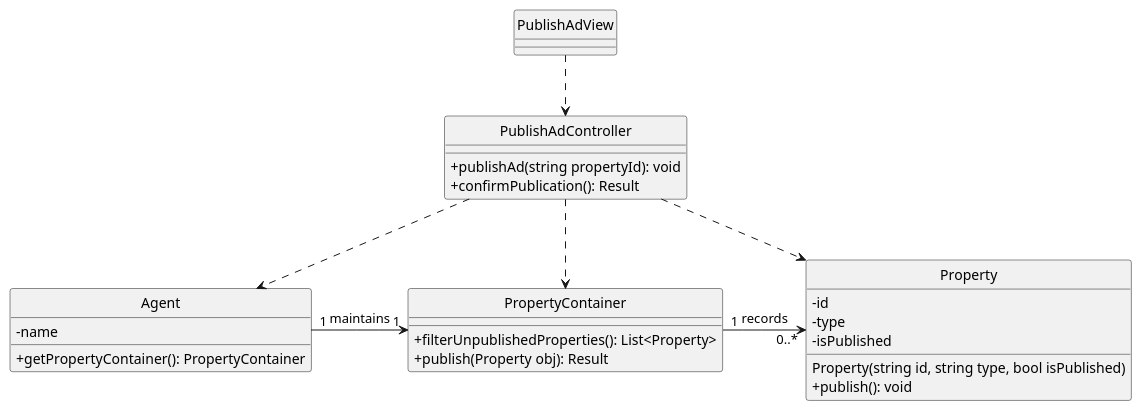
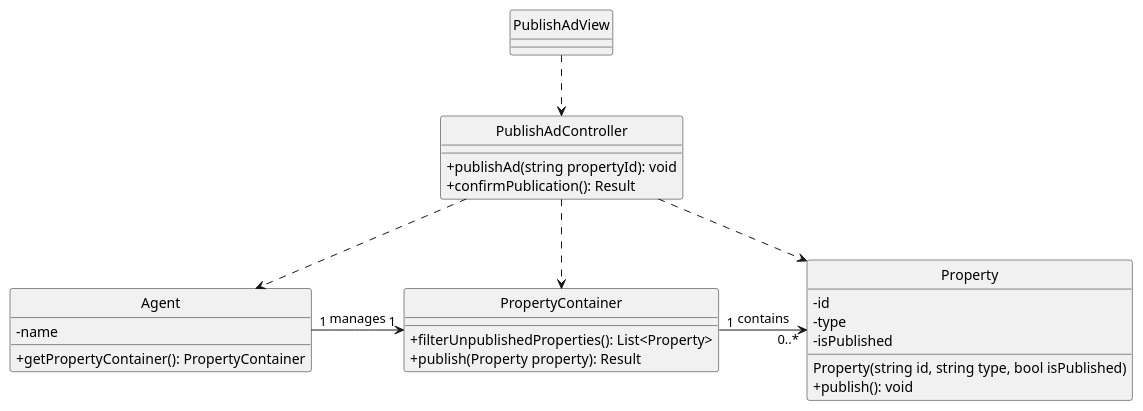
One commit to goncalomaia18/leti-esoft-24-25-A2 changed the diagram in docs/Sprint3/US40/US40-CD.puml. Above: the diagram before and after it, drawn with PlantUML. The commit also changed 55 other files, not shown here.

```diff
--- a/docs/Sprint3/US40/US40-CD.puml
+++ b/docs/Sprint3/US40/US40-CD.puml
@@ -1,41 +1,41 @@
 @startuml
 'https://plantuml.com/class-diagram
 
 hide circle
 skinparam classAttributeIconSize 0
 
 class PublishAdView {
 }
 
 class PublishAdController {
     +publishAd(string propertyId): void
     +confirmPublication(): Result
 }
 
 class Agent {
     - name
     +getPropertyContainer(): PropertyContainer
 }
 
 class PropertyContainer {
     +filterUnpublishedProperties(): List<Property>
-    +publish(Property obj): Result
+    +publish(Property property): Result
 }
 
 class Property {
     - id
     - type
     - isPublished
     Property(string id, string type, bool isPublished)
     +publish(): void
 }
 
-Agent "1" -right-> "1" PropertyContainer:  maintains
-PropertyContainer "1" -right-> "0..*" Property:  records
+Agent "1" -right-> "1" PropertyContainer:  manages
+PropertyContainer "1" -right-> "0..*" Property:  contains
 
 PublishAdView ..> PublishAdController
 PublishAdController ..> Agent
 PublishAdController ..> PropertyContainer
 PublishAdController ..> Property
 
 @enduml
```
